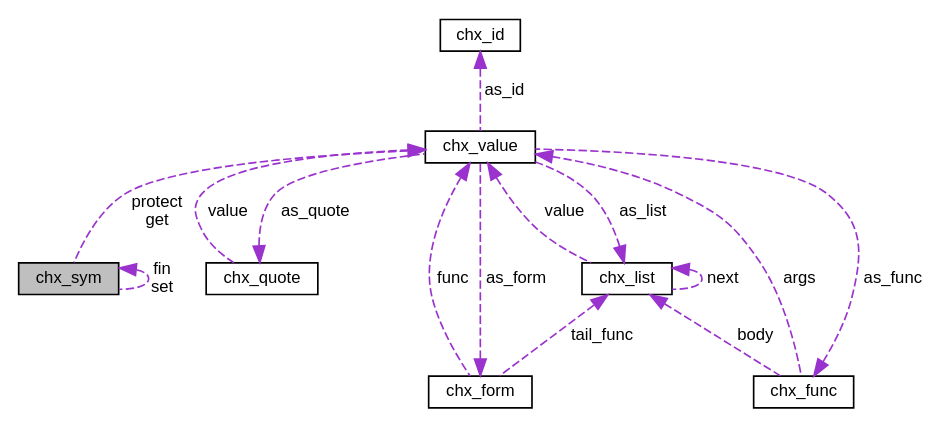
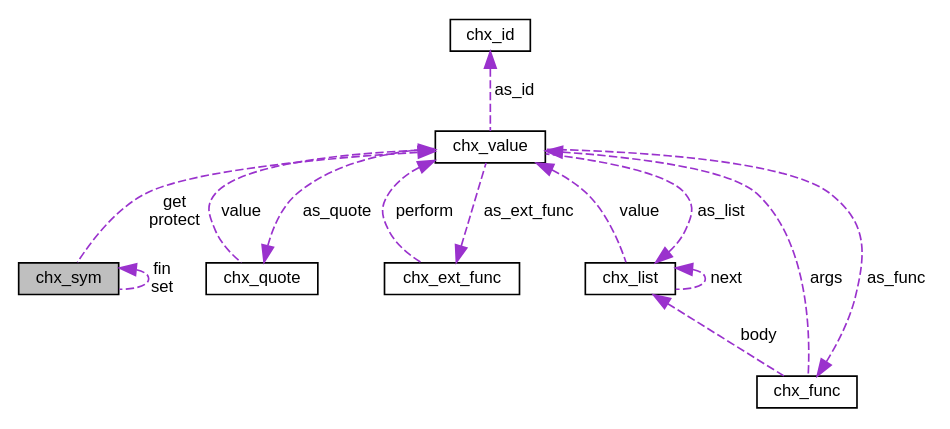
Before and after one commit to antonijn/cheax: the diagram in structchx__sym__coll__graph.dot, drawn with Graphviz. The commit also changed 150 other files, not shown here.

```diff
--- a/structchx__sym__coll__graph.dot
+++ b/structchx__sym__coll__graph.dot
@@ -1,27 +1,26 @@
 digraph "chx_sym"
 {
  // LATEX_PDF_SIZE
   edge [fontname="Helvetica",fontsize="10",labelfontname="Helvetica",labelfontsize="10"];
   node [fontname="Helvetica",fontsize="10",shape=record];
   Node1 [label="chx_sym",height=0.2,width=0.4,color="black", fillcolor="grey75", style="filled", fontcolor="black",tooltip="Custom symbol."];
-  Node2 -> Node1 [dir="back",color="darkorchid3",fontsize="10",style="dashed",label=" protect\nget" ,fontname="Helvetica"];
+  Node2 -> Node1 [dir="back",color="darkorchid3",fontsize="10",style="dashed",label=" get\nprotect" ,fontname="Helvetica"];
   Node2 [label="chx_value",height=0.2,width=0.4,color="black", fillcolor="white", style="filled",URL="$structchx__value.html",tooltip="Represents a value in the cheax environment."];
   Node3 -> Node2 [dir="back",color="darkorchid3",fontsize="10",style="dashed",label=" as_quote" ,fontname="Helvetica"];
   Node3 [label="chx_quote",height=0.2,width=0.4,color="black", fillcolor="white", style="filled",URL="$structchx__quote.html",tooltip="Quoted value type."];
   Node2 -> Node3 [dir="back",color="darkorchid3",fontsize="10",style="dashed",label=" value" ,fontname="Helvetica"];
-  Node4 -> Node2 [dir="back",color="darkorchid3",fontsize="10",style="dashed",label=" as_form" ,fontname="Helvetica"];
-  Node4 [label="chx_form",height=0.2,width=0.4,color="black", fillcolor="white", style="filled",URL="$structchx__form.html",tooltip="Cheax external/user function expression."];
-  Node5 -> Node4 [dir="back",color="darkorchid3",fontsize="10",style="dashed",label=" tail_func" ,fontname="Helvetica"];
-  Node5 [label="chx_list",height=0.2,width=0.4,color="black", fillcolor="white", style="filled",URL="$structchx__list.html",tooltip="List type."];
-  Node5 -> Node5 [dir="back",color="darkorchid3",fontsize="10",style="dashed",label=" next" ,fontname="Helvetica"];
-  Node2 -> Node5 [dir="back",color="darkorchid3",fontsize="10",style="dashed",label=" value" ,fontname="Helvetica"];
-  Node2 -> Node4 [dir="back",color="darkorchid3",fontsize="10",style="dashed",label=" func" ,fontname="Helvetica"];
-  Node6 -> Node2 [dir="back",color="darkorchid3",fontsize="10",style="dashed",label=" as_id" ,fontname="Helvetica"];
-  Node6 [label="chx_id",height=0.2,width=0.4,color="black", fillcolor="white", style="filled",URL="$structchx__id.html",tooltip="Identifier type."];
-  Node5 -> Node2 [dir="back",color="darkorchid3",fontsize="10",style="dashed",label=" as_list" ,fontname="Helvetica"];
+  Node4 -> Node2 [dir="back",color="darkorchid3",fontsize="10",style="dashed",label=" as_ext_func" ,fontname="Helvetica"];
+  Node4 [label="chx_ext_func",height=0.2,width=0.4,color="black", fillcolor="white", style="filled",URL="$structchx__ext__func.html",tooltip="Cheax external/user function expression."];
+  Node2 -> Node4 [dir="back",color="darkorchid3",fontsize="10",style="dashed",label=" perform" ,fontname="Helvetica"];
+  Node5 -> Node2 [dir="back",color="darkorchid3",fontsize="10",style="dashed",label=" as_id" ,fontname="Helvetica"];
+  Node5 [label="chx_id",height=0.2,width=0.4,color="black", fillcolor="white", style="filled",URL="$structchx__id.html",tooltip="Identifier type."];
+  Node6 -> Node2 [dir="back",color="darkorchid3",fontsize="10",style="dashed",label=" as_list" ,fontname="Helvetica"];
+  Node6 [label="chx_list",height=0.2,width=0.4,color="black", fillcolor="white", style="filled",URL="$structchx__list.html",tooltip="List type."];
+  Node6 -> Node6 [dir="back",color="darkorchid3",fontsize="10",style="dashed",label=" next" ,fontname="Helvetica"];
+  Node2 -> Node6 [dir="back",color="darkorchid3",fontsize="10",style="dashed",label=" value" ,fontname="Helvetica"];
   Node7 -> Node2 [dir="back",color="darkorchid3",fontsize="10",style="dashed",label=" as_func" ,fontname="Helvetica"];
   Node7 [label="chx_func",height=0.2,width=0.4,color="black", fillcolor="white", style="filled",URL="$structchx__func.html",tooltip="Function or macro type."];
-  Node5 -> Node7 [dir="back",color="darkorchid3",fontsize="10",style="dashed",label=" body" ,fontname="Helvetica"];
+  Node6 -> Node7 [dir="back",color="darkorchid3",fontsize="10",style="dashed",label=" body" ,fontname="Helvetica"];
   Node2 -> Node7 [dir="back",color="darkorchid3",fontsize="10",style="dashed",label=" args" ,fontname="Helvetica"];
   Node1 -> Node1 [dir="back",color="darkorchid3",fontsize="10",style="dashed",label=" fin\nset" ,fontname="Helvetica"];
 }
```
